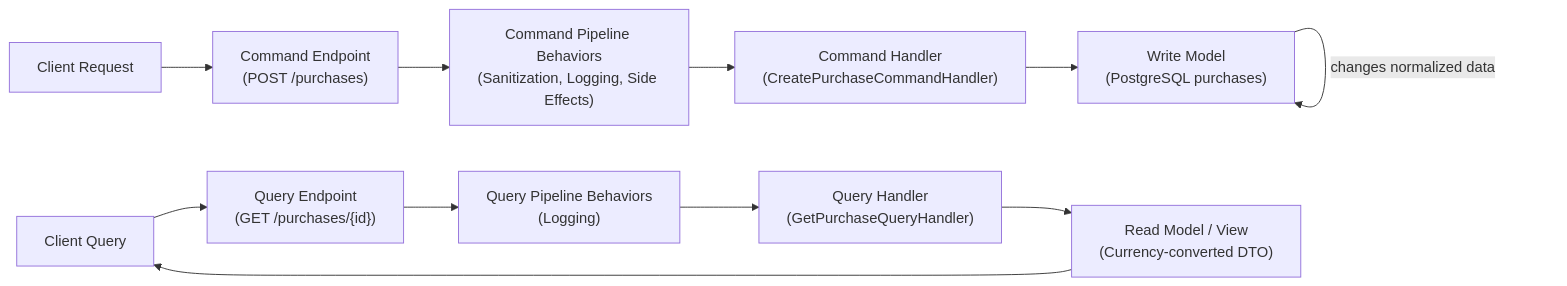
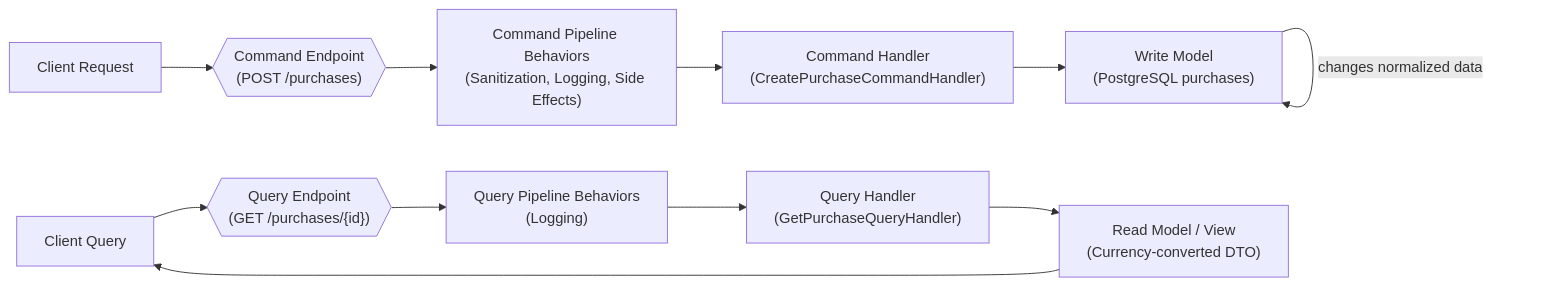
Before and after one commit to marcelors27/purchase-service: the first of 2 diagrams in README.md, drawn with Mermaid. The commit also changed other lines of this file, not shown here.

````diff
--- a/README.md
+++ b/README.md
@@ -13,19 +13,19 @@
 ```mermaid
 flowchart LR
     ClientInput["Client Request"]
-    CommandEndpoint["Command Endpoint\n(POST /purchases)"]
-    CommandBehaviors["Command Pipeline Behaviors\n(Sanitization, Logging, Side Effects)"]
-    CommandHandler["Command Handler\n(CreatePurchaseCommandHandler)"]
-    WriteModel["Write Model\n(PostgreSQL purchases)"]
+    CommandEndpoint{{"Command Endpoint<br/>(POST /purchases)"}}
+    CommandBehaviors["Command Pipeline Behaviors<br/>(Sanitization, Logging, Side Effects)"]
+    CommandHandler["Command Handler<br/>(CreatePurchaseCommandHandler)"]
+    WriteModel["Write Model<br/>(PostgreSQL purchases)"]
 
     ClientQuery["Client Query"]
-    QueryEndpoint["Query Endpoint\n(GET /purchases/{id})"]
-    QueryBehaviors["Query Pipeline Behaviors\n(Logging)"]
-    QueryHandler["Query Handler\n(GetPurchaseQueryHandler)"]
-    ReadModel["Read Model / View\n(Currency-converted DTO)"]
+    QueryEndpoint{{"Query Endpoint<br/>(GET /purchases/{id})"}}
+    QueryBehaviors["Query Pipeline Behaviors<br/>(Logging)"]
+    QueryHandler["Query Handler<br/>(GetPurchaseQueryHandler)"]
+    ReadModel["Read Model / View<br/>(Currency-converted DTO)"]
 
     ClientInput --> CommandEndpoint --> CommandBehaviors --> CommandHandler --> WriteModel
     WriteModel -->|changes normalized data| WriteModel
 
     ClientQuery --> QueryEndpoint --> QueryBehaviors --> QueryHandler --> ReadModel --> ClientQuery
 ```
````
